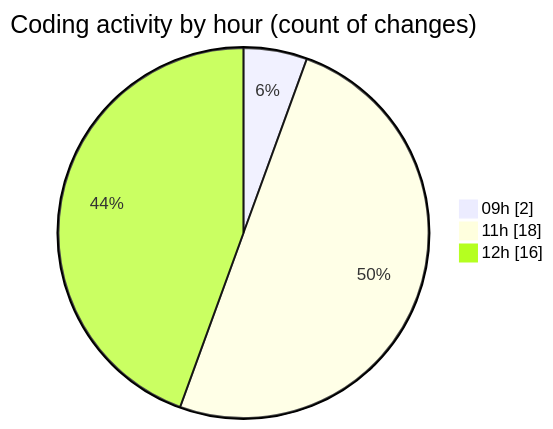
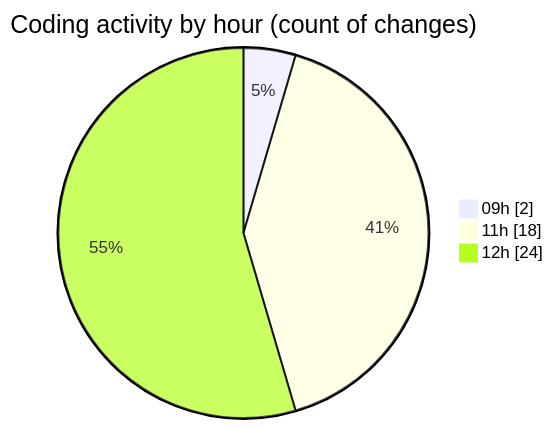
The second of 2 diagrams in 2025-06-30/cda/README.md (momahboobian/code-tracking), drawn with Mermaid before and after one commit. The commit also changed other lines of this file and 1 other file, not shown here.

````diff
--- a/2025-06-30/cda/README.md
+++ b/2025-06-30/cda/README.md
@@ -42,7 +46,7 @@
 ```mermaid
 pie showData
 title Coding activity by hour (count of changes)
 "09h" : 2
 "11h" : 18
-"12h" : 16
+"12h" : 24
 ```
````
